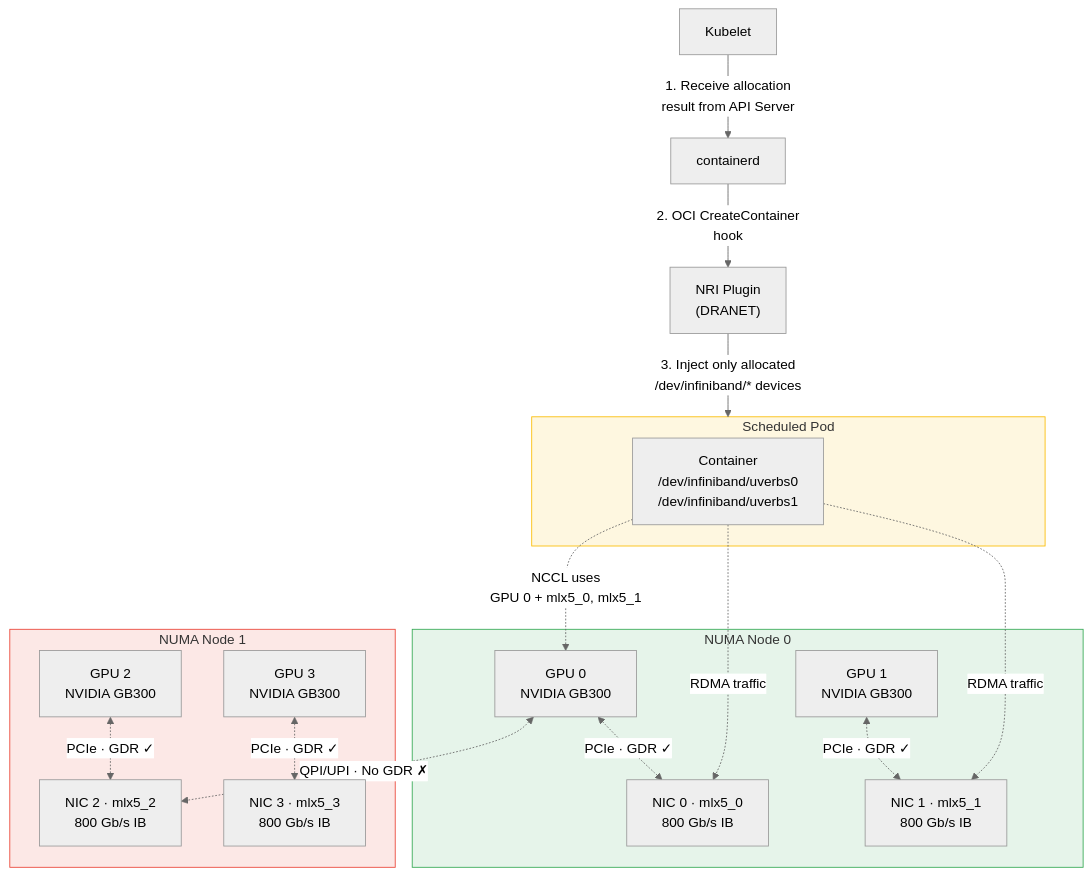
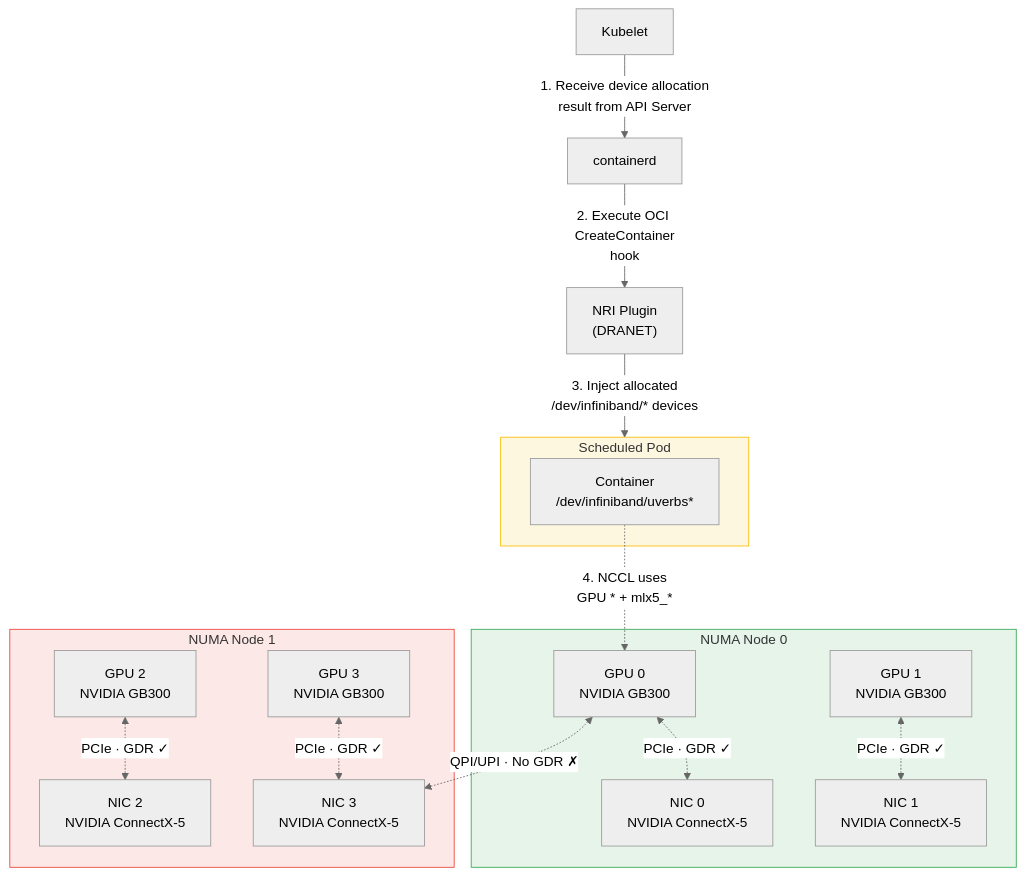
One commit to Azure/AKS changed the diagram in website/blog/2026-04-01-dranet-rdma-optimization-for-ai-on-aks/data-plane-diagram.mmd. Above: the diagram before and after it, drawn with Mermaid (neutral theme). The commit also changed 4 other files, not shown here.

```diff
--- a/website/blog/2026-04-01-dranet-rdma-optimization-for-ai-on-aks/data-plane-diagram.mmd
+++ b/website/blog/2026-04-01-dranet-rdma-optimization-for-ai-on-aks/data-plane-diagram.mmd
@@ -1,46 +1,44 @@
 flowchart TB
     Kubelet["Kubelet"]
     CRI["containerd"]
     NRI["NRI Plugin<br/>(DRANET)"]
 
     subgraph NUMA0["NUMA Node 0"]
         GPU0["GPU 0<br/>NVIDIA GB300"]
         GPU1["GPU 1<br/>NVIDIA GB300"]
-        NIC0["NIC 0 · mlx5_0<br/>800 Gb/s IB"]
-        NIC1["NIC 1 · mlx5_1<br/>800 Gb/s IB"]
+        NIC0["NIC 0<br/>NVIDIA ConnectX-5"]
+        NIC1["NIC 1<br/>NVIDIA ConnectX-5"]
     end
 
     subgraph NUMA1["NUMA Node 1"]
         GPU2["GPU 2<br/>NVIDIA GB300"]
         GPU3["GPU 3<br/>NVIDIA GB300"]
-        NIC2["NIC 2 · mlx5_2<br/>800 Gb/s IB"]
-        NIC3["NIC 3 · mlx5_3<br/>800 Gb/s IB"]
+        NIC2["NIC 2<br/>NVIDIA ConnectX-5"]
+        NIC3["NIC 3<br/>NVIDIA ConnectX-5"]
     end
 
     subgraph Pod["Scheduled Pod"]
-        Container["Container<br/>/dev/infiniband/uverbs0<br/>/dev/infiniband/uverbs1"]
+        Container["Container<br/>/dev/infiniband/uverbs*"]
     end
 
     %% Runtime flow
-    Kubelet -->|"1. Receive allocation<br/>result from API Server"| CRI
-    CRI -->|"2. OCI CreateContainer<br/>hook"| NRI
-    NRI -->|"3. Inject only allocated<br/>/dev/infiniband/* devices"| Pod
+    Kubelet -->|"1. Receive device allocation<br/>result from API Server"| CRI
+    CRI -->|"2. Execute OCI CreateContainer<br/>hook"| NRI
+    NRI -->|"3. Inject allocated<br/>/dev/infiniband/* devices"| Pod
 
     %% NUMA-aligned GDR paths
     GPU0 <-.->|"PCIe · GDR ✓"| NIC0
     GPU1 <-.->|"PCIe · GDR ✓"| NIC1
     GPU2 <-.->|"PCIe · GDR ✓"| NIC2
     GPU3 <-.->|"PCIe · GDR ✓"| NIC3
 
     %% Cross-NUMA penalty
-    GPU0 <-.->|"QPI/UPI · No GDR ✗"| NIC2
+    GPU0 <-.->|"QPI/UPI · No GDR ✗"| NIC3
 
     %% Pod uses aligned devices
-    Container -.->|"NCCL uses<br/>GPU 0 + mlx5_0, mlx5_1"| GPU0
-    Container -.->|"RDMA traffic"| NIC0
-    Container -.->|"RDMA traffic"| NIC1
+    Container -.->|"4. NCCL uses<br/>GPU * + mlx5_*"| GPU0
 
     %% Styling
     style NUMA0 fill:#e6f4ea,stroke:#34a853
     style NUMA1 fill:#fce8e6,stroke:#ea4335
     style Pod fill:#fef7e0,stroke:#fbbc04
```
